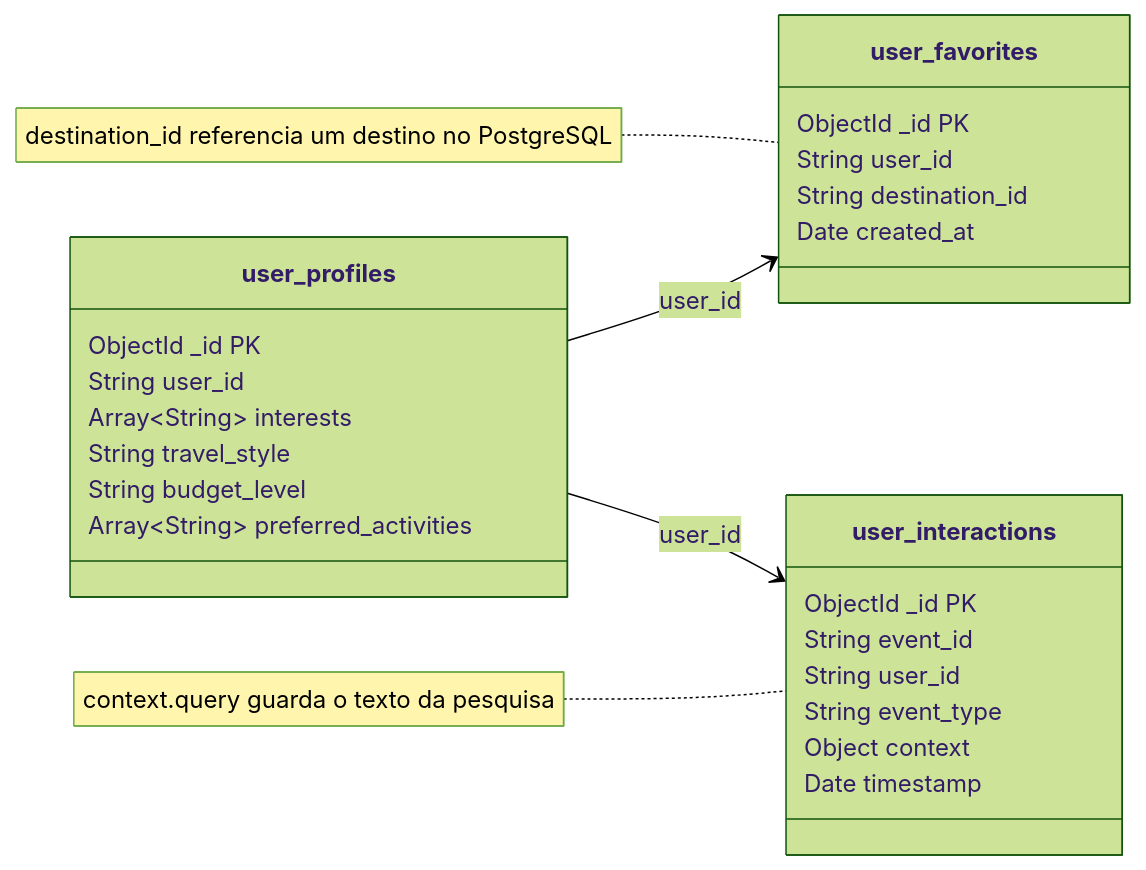
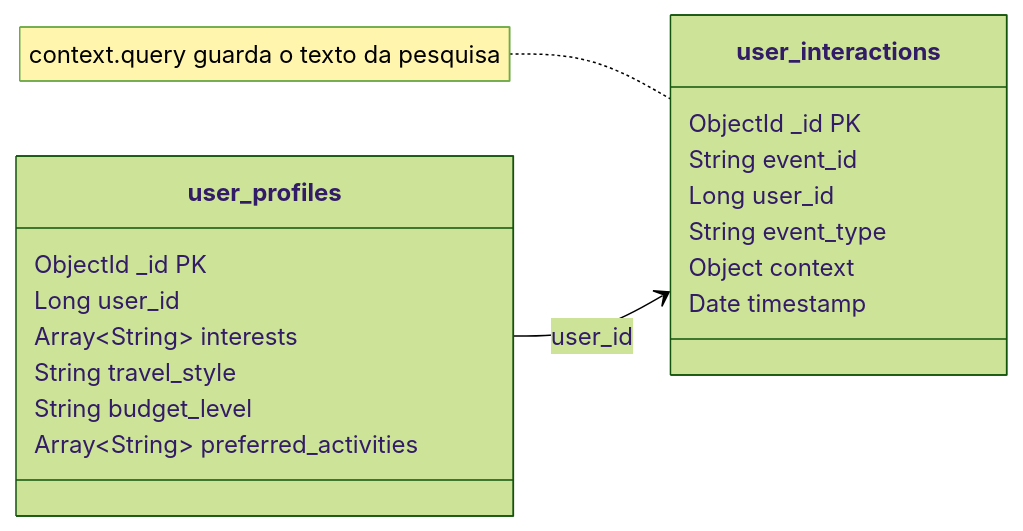
Before and after one commit to 1231478-Ellah-Fleischmann/Class-M1A_Group-10-TABDD: the diagram in docs/parte1/nosql_cm.md, drawn with Mermaid (forest theme). The commit also changed other lines of this file and 1 other file, not shown here.

````diff
--- a/docs/parte1/nosql_cm.md
+++ b/docs/parte1/nosql_cm.md
@@ -23,35 +22,26 @@
 ```mermaid
 classDiagram
     direction LR
 
     class user_profiles {
         ObjectId _id PK
-        String user_id
+        Long user_id
         Array~String~ interests
         String travel_style
         String budget_level
         Array~String~ preferred_activities
     }
 
-    class user_favorites {
-        ObjectId _id PK
-        String user_id
-        String destination_id
-        Date created_at
-    }
-
     class user_interactions {
         ObjectId _id PK
         String event_id
-        String user_id
+        Long user_id
         String event_type
         Object context
         Date timestamp
     }
 
-    user_profiles --> user_favorites : user_id
     user_profiles --> user_interactions : user_id
 
-    note for user_favorites "destination_id referencia um destino no PostgreSQL"
     note for user_interactions "context.query guarda o texto da pesquisa"
 ```
````
